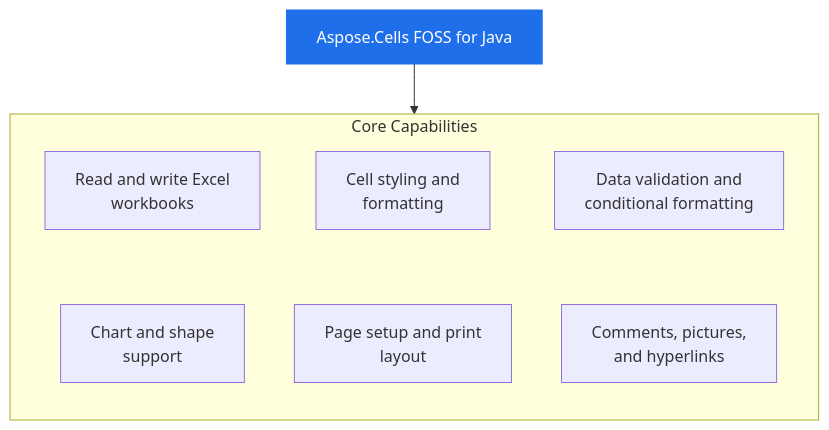
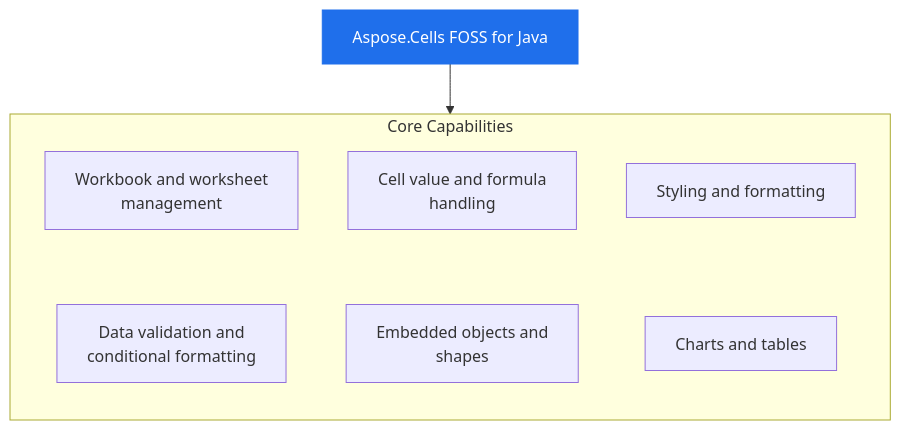
The diagram in c65329e7257b1311abb9686d7e4957a8cc002955/README.md (babar-raza/repo-presenter), drawn with Mermaid before and after one commit. The commit also changed other lines of this file and 10 other files, not shown here.

````diff
--- a/c65329e7257b1311abb9686d7e4957a8cc002955/README.md
+++ b/c65329e7257b1311abb9686d7e4957a8cc002955/README.md
@@ -33,19 +33,19 @@
 ```mermaid
 flowchart TB
   PRODUCT["Aspose.Cells FOSS for Java"]
   subgraph Capabilities["Core Capabilities"]
     direction TB
-    c1["Read and write Excel<br/>workbooks"]
-    c2["Cell styling and<br/>formatting"]
-    c3["Data validation and<br/>conditional formatting"]
-    c4["Chart and shape<br/>support"]
-    c5["Page setup and print<br/>layout"]
-    c6["Comments, pictures,<br/>and hyperlinks"]
+    c1["Workbook and worksheet<br/>management"]
+    c2["Cell value and formula<br/>handling"]
+    c3["Styling and formatting"]
+    c4["Data validation and<br/>conditional formatting"]
+    c5["Embedded objects and<br/>shapes"]
+    c6["Charts and tables"]
     c1 ~~~ c4
     c2 ~~~ c5
     c3 ~~~ c6
   end
   PRODUCT --> Capabilities
   classDef product fill:#1f6feb,stroke:#1f6feb,color:#ffffff
   class PRODUCT product
 ```
````
